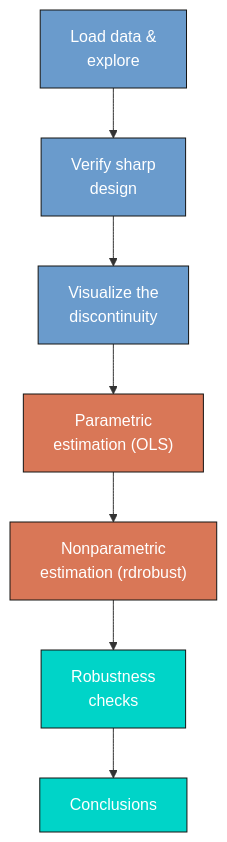
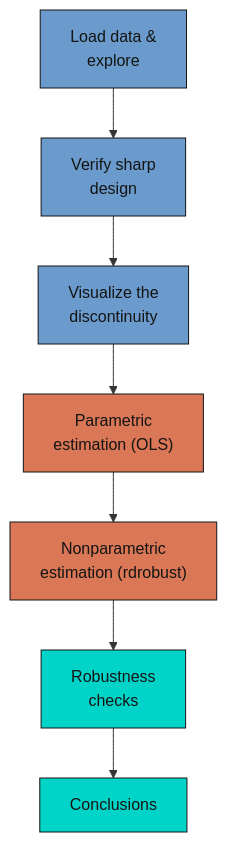
The second of 2 diagrams in content/post/stata_rd/index.md (cmg777/starter-academic-v501), drawn with Mermaid before and after one commit. The commit also changed other lines of this file and 67 other files, not shown here.

First line of the commit message:
fix(mermaid): readable diagram text in both themes across the site

````diff
--- a/content/post/stata_rd/index.md
+++ b/content/post/stata_rd/index.md
@@ -240,16 +241,16 @@
 ```mermaid
 graph TD
     A["Load data &<br/>explore"] --> B["Verify sharp<br/>design"]
     B --> C["Visualize the<br/>discontinuity"]
     C --> D["Parametric<br/>estimation (OLS)"]
     D --> E["Nonparametric<br/>estimation (rdrobust)"]
     E --> F["Robustness<br/>checks"]
     F --> G["Conclusions"]
-    style A fill:#6a9bcc,stroke:#141413,color:#fff
-    style B fill:#6a9bcc,stroke:#141413,color:#fff
-    style C fill:#6a9bcc,stroke:#141413,color:#fff
-    style D fill:#d97757,stroke:#141413,color:#fff
-    style E fill:#d97757,stroke:#141413,color:#fff
-    style F fill:#00d4c8,stroke:#141413,color:#fff
-    style G fill:#00d4c8,stroke:#141413,color:#fff
+    style A fill:#6a9bcc,stroke:#141413,color:#141413
+    style B fill:#6a9bcc,stroke:#141413,color:#141413
+    style C fill:#6a9bcc,stroke:#141413,color:#141413
+    style D fill:#d97757,stroke:#141413,color:#141413
+    style E fill:#d97757,stroke:#141413,color:#141413
+    style F fill:#00d4c8,stroke:#141413,color:#141413
+    style G fill:#00d4c8,stroke:#141413,color:#141413
 ```
````
